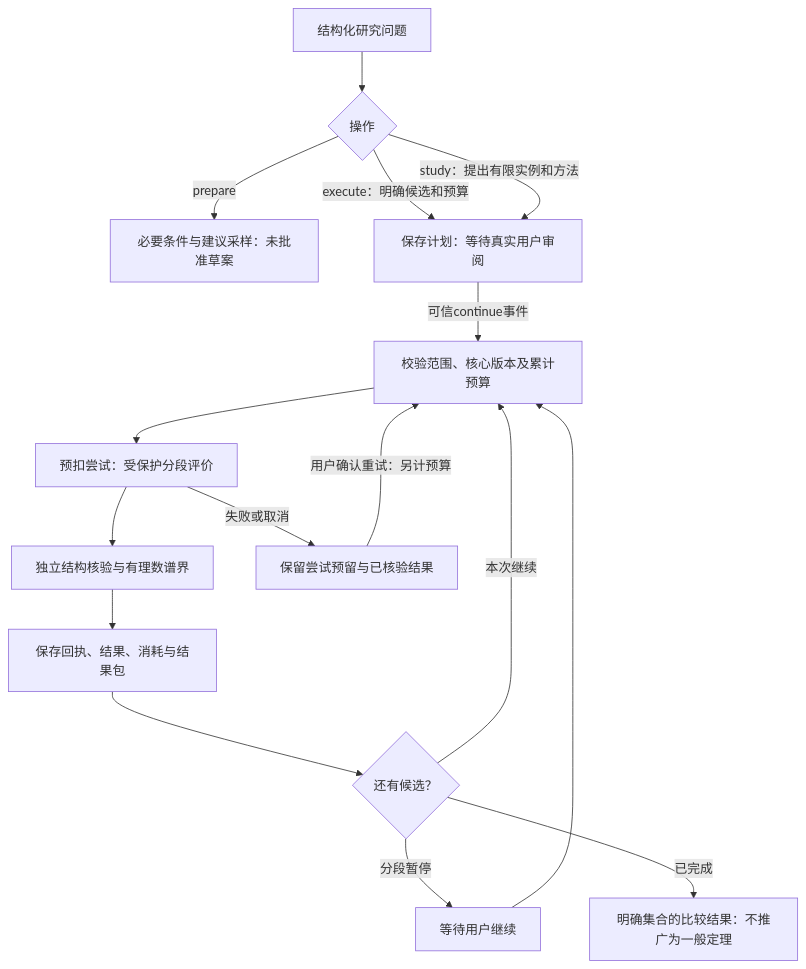
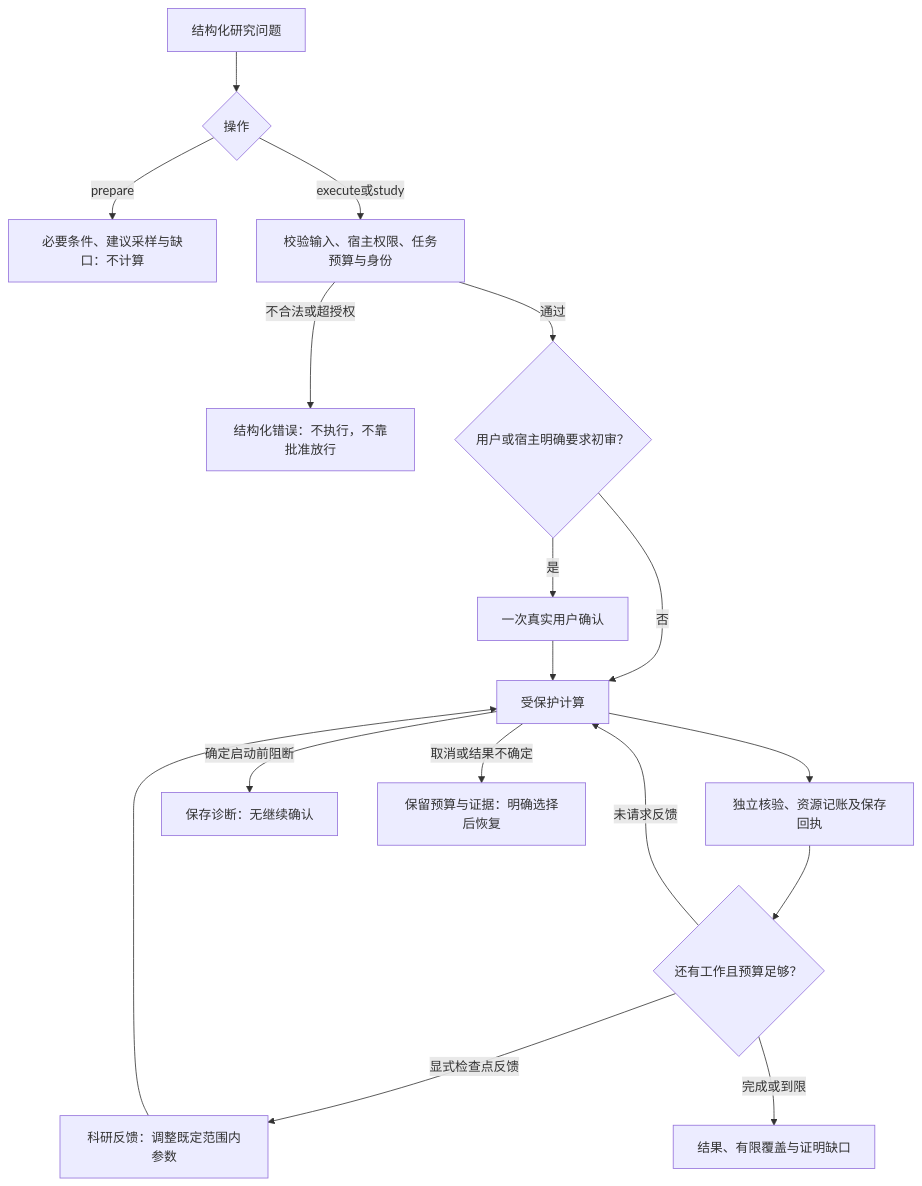
One commit to 735336168liuxiaoqi-hub/algebraic-graph-theory-research-assistant changed the second of 4 diagrams in docs/WORKFLOW.md. Above: the diagram before and after it, drawn with Mermaid. The commit also changed other lines of this file and 96 other files, not shown here.

````diff
--- a/docs/WORKFLOW.md
+++ b/docs/WORKFLOW.md
@@ -11,18 +25,19 @@
 ```mermaid
 flowchart TD
     I[结构化研究问题] --> O{操作}
-    O -->|prepare| P[必要条件与建议采样：未批准草案]
-    O -->|execute：明确候选和预算| R[保存计划：等待真实用户审阅]
-    O -->|study：提出有限实例和方法| R
-    R -->|可信continue事件| B[校验范围、核心版本及累计预算]
-    B --> C[预扣尝试：受保护分段评价]
-    C --> V[独立结构核验与有理数谱界]
-    V --> S[保存回执、结果、消耗与结果包]
-    S --> Q{还有候选？}
-    Q -->|本次继续| B
-    Q -->|分段暂停| W[等待用户继续]
-    W --> B
-    Q -->|已完成| F[明确集合的比较结果：不推广为一般定理]
-    C -->|失败或取消| E[保留尝试预留与已核验结果]
-    E -->|用户确认重试：另计预算| B
+    O -->|prepare| P[必要条件、建议采样与缺口：不计算]
+    O -->|execute或study| B[校验输入、宿主权限、任务预算与身份]
+    B -->|不合法或超授权| E[结构化错误：不执行，不靠批准放行]
+    B -->|通过| R{用户或宿主明确要求初审？}
+    R -->|否| C[受保护计算]
+    R -->|是| U[一次真实用户确认]
+    U --> C
+    C --> V[独立核验、资源记账及保存回执]
+    V --> Q{还有工作且预算足够？}
+    Q -->|未请求反馈| C
+    Q -->|显式检查点反馈| F[科研反馈：调整既定范围内参数]
+    F --> C
+    Q -->|完成或到限| Z[结果、有限覆盖与证明缺口]
+    C -->|确定启动前阻断| D[保存诊断：无继续确认]
+    C -->|取消或结果不确定| W[保留预算与证据：明确选择后恢复]
 ```
````
